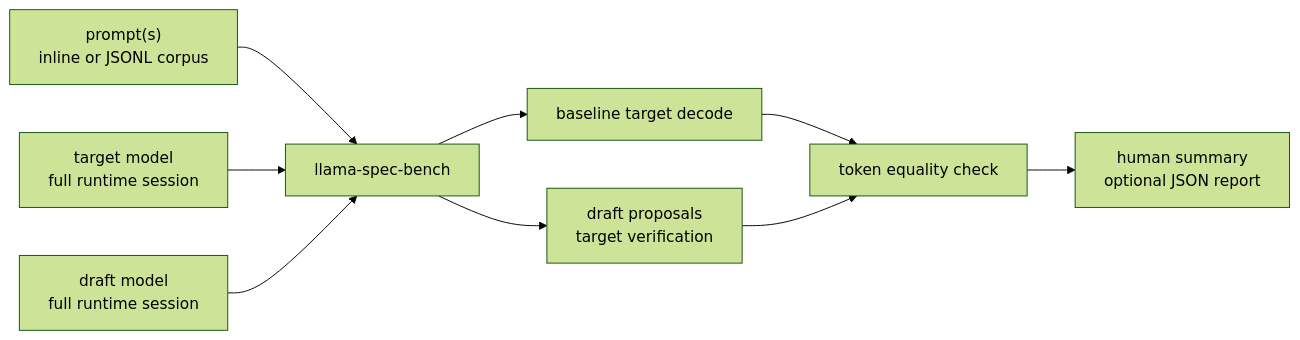
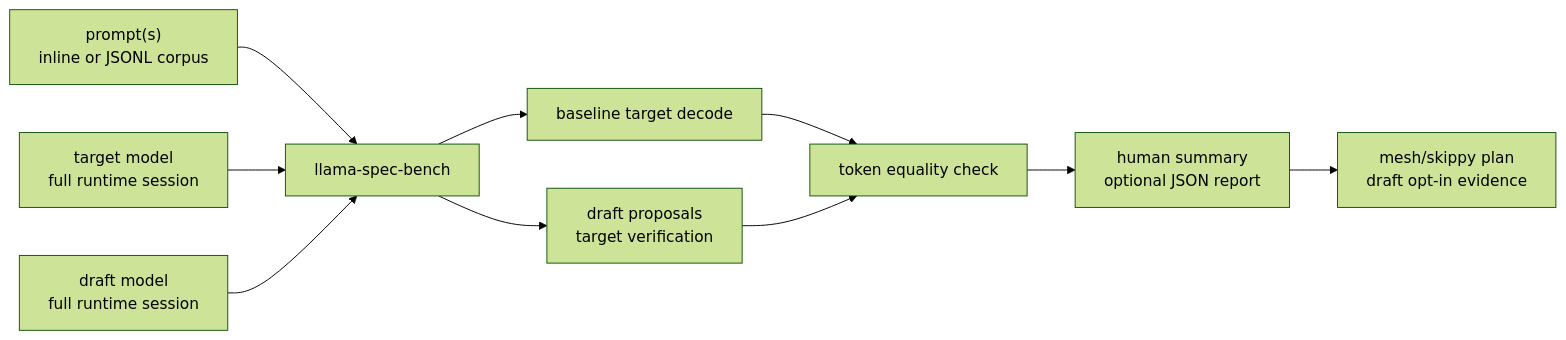
One commit to michaelneale/mesh-llm changed the first of 2 diagrams in crates/llama-spec-bench/README.md. Above: the diagram before and after it, drawn with Mermaid (forest theme). The commit also changed other lines of this file and 17 other files, not shown here.

````diff
--- a/crates/llama-spec-bench/README.md
+++ b/crates/llama-spec-bench/README.md
@@ -20,11 +21,12 @@
 ```mermaid
 flowchart LR
     Corpus["prompt(s)<br/>inline or JSONL corpus"] --> Bench["llama-spec-bench"]
     Target["target model<br/>full runtime session"] --> Bench
     Draft["draft model<br/>full runtime session"] --> Bench
     Bench --> Base["baseline target decode"]
     Bench --> Spec["draft proposals<br/>target verification"]
     Base --> Compare["token equality check"]
     Spec --> Compare
     Compare --> Report["human summary<br/>optional JSON report"]
+    Report --> Mesh["mesh/skippy plan<br/>draft opt-in evidence"]
 ```
````
